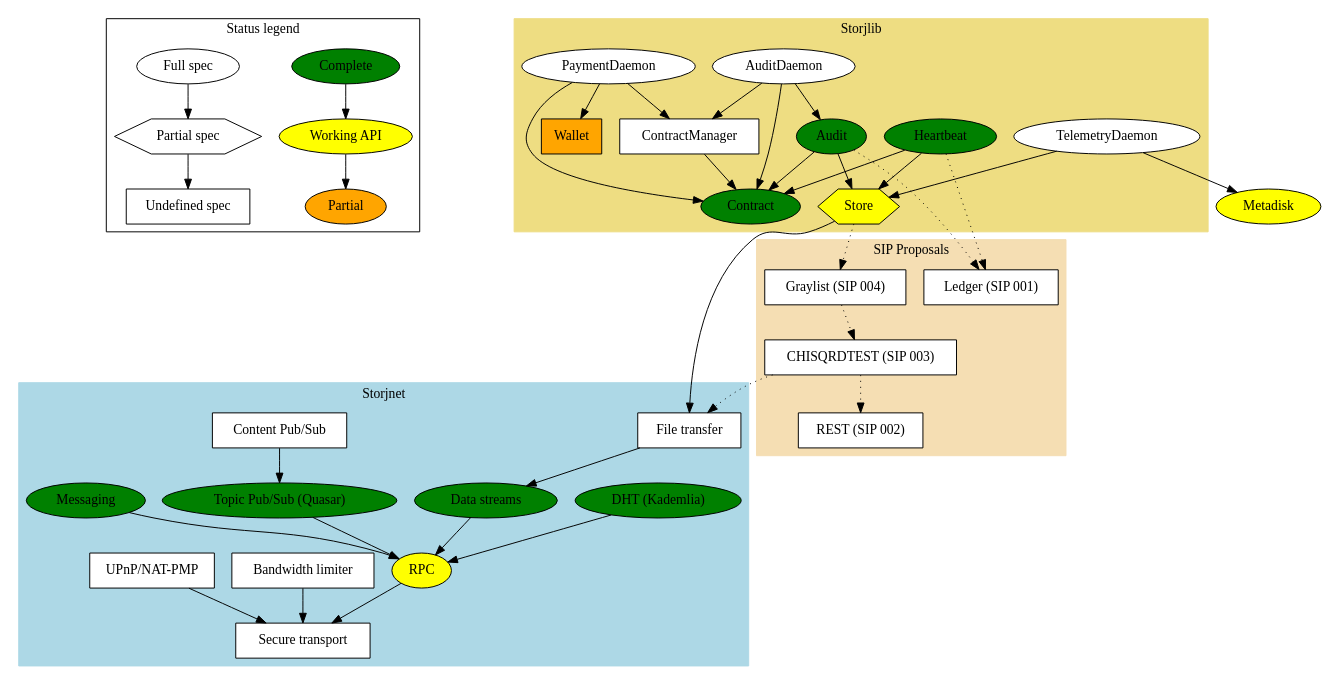
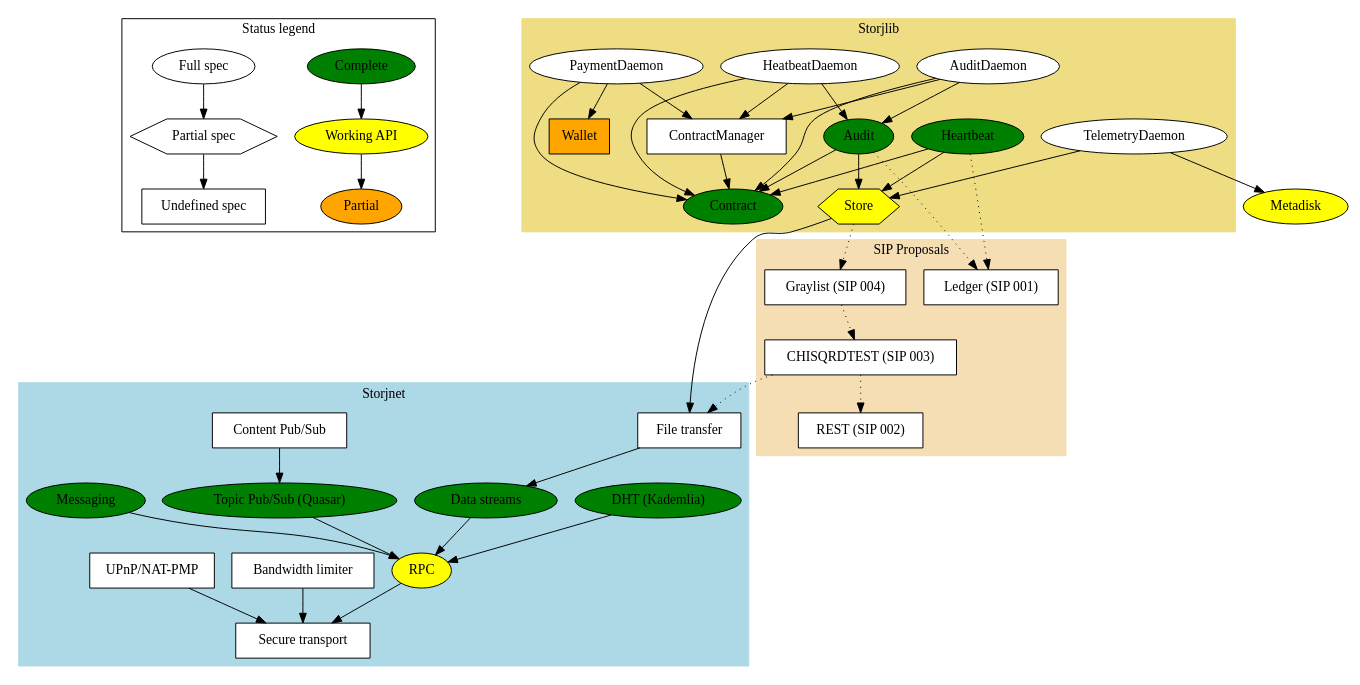
Before and after one commit to StorjOld/storjspec: the diagram in status.dot, drawn with Graphviz. The commit also changed 5 other files, not shown here.

Commit message:
added modules diagram

```diff
--- a/status.dot
+++ b/status.dot
@@ -1,103 +1,107 @@
 // syntax guide: http://www.graphviz.org/pdf/dotguide.pdf
 // compile png: `dot -Tpng status.dot -o status.png`
 // compile pdf: `dot -Tpdf status.dot -o status.pdf`
 
 
 digraph G {
     node [shape="box", style="filled", color="black", fillcolor="white"];
 
     // LEGEND
     subgraph cluster_0 {
         label = "Status legend";
 
         "Complete" [fillcolor=green, shape=ellipse];
         "Working API" [fillcolor=yellow, shape=ellipse];
         "Partial" [fillcolor=orange, shape=ellipse];
 
         "Full spec" [shape=ellipse];
         "Partial spec" [shape=hexagon];
         "Undefined spec" [shape=box];
     };
     "Complete" -> "Working API" -> "Partial";
     "Full spec" -> "Partial spec" -> "Undefined spec";
 
 
     // STORJNET
     subgraph cluster_1 {
         label = "Storjnet";
         style=filled;
         color=lightblue;
 
         "DHT (Kademlia)" [fillcolor=green, shape=ellipse];
         "Topic Pub/Sub (Quasar)" [fillcolor=green, shape=ellipse]; // enable publishing and subscribing to events
         "Data streams" [fillcolor=green, shape=ellipse]; // full duplex data transfer
         "File transfer";
         "Content Pub/Sub" [shape=box]; // enable publishing and subscribing to events
         "Messaging" [fillcolor=green, shape=ellipse]; // to shortcut the pubsub after peer found
         "RPC" [fillcolor=yellow, shape=ellipse]; // rpc calls and data transfer between clients
         "Secure transport";
         "Bandwidth limiter";
         "UPnP/NAT-PMP";
     };
     "UPnP/NAT-PMP" -> "Secure transport";
     "File transfer" -> "Data streams";
     "DHT (Kademlia)" -> "RPC";
     "Topic Pub/Sub (Quasar)" -> "RPC";
     "Messaging" -> "RPC";
     "Data streams" -> "RPC";
     "RPC" -> "Secure transport";
     "Bandwidth limiter" -> "Secure transport";
 
     // STORJLIB
     subgraph cluster_2 {
         label = "Storjlib";
         style=filled;
         color=lightgoldenrod;
 
         "Contract" [fillcolor=green, shape=ellipse];
         "AuditDaemon" [shape=ellipse];
+        "HeatbeatDaemon" [shape=ellipse];
         "PaymentDaemon" [shape=ellipse];
         "TelemetryDaemon" [shape=ellipse];
         "ContractManager";
         "Audit" [fillcolor=green, shape=ellipse];
         "Store" [fillcolor=yellow, shape=hexagon];
         "Heartbeat" [fillcolor=green, shape=ellipse];
         "Wallet" [fillcolor=orange, shape=box];
     };
     "PaymentDaemon" -> "ContractManager";
     "PaymentDaemon" -> "Contract";
     "PaymentDaemon" -> "Wallet";
     "AuditDaemon" -> "ContractManager";
     "AuditDaemon" -> "Contract";
     "AuditDaemon" -> "Audit";
+    "HeatbeatDaemon" -> "ContractManager";
+    "HeatbeatDaemon" -> "Contract";
+    "HeatbeatDaemon" -> "Audit";
     "ContractManager" -> "Contract";
     "Content Pub/Sub" -> "Topic Pub/Sub (Quasar)";
     "Audit" -> "Contract"; // when/how to perform the audit
     "Audit" -> "Store"; // perform audit challange
     "Audit" -> "Ledger (SIP 001)" [style=dotted]; // save result in ledger
     "Heartbeat" -> "Contract";
     "Heartbeat" -> "Store"; // perform heartbeat challange
     "Heartbeat" -> "Ledger (SIP 001)" [style=dotted]; // save result in ledger
     "Store" -> "File transfer";
     "Store" -> "Graylist (SIP 004)" [style=dotted];
     "Graylist (SIP 004)" -> "CHISQRDTEST (SIP 003)" [style=dotted];
     "CHISQRDTEST (SIP 003)" -> "File transfer" [style=dotted];
     "CHISQRDTEST (SIP 003)" -> "REST (SIP 002)" [style=dotted];
     "TelemetryDaemon" -> "Metadisk";
     "TelemetryDaemon" -> "Store";
 
     // SIP
     subgraph cluster_3 {
         label = "SIP Proposals";
         style=filled;
         color=wheat;
 
         "REST (SIP 002)"; // put/get shards
         "Ledger (SIP 001)";
         "Graylist (SIP 004)";
         "CHISQRDTEST (SIP 003)";
     };
 
     // EXTERNAL
     "Metadisk" [fillcolor=yellow, shape=ellipse];
 }
```
